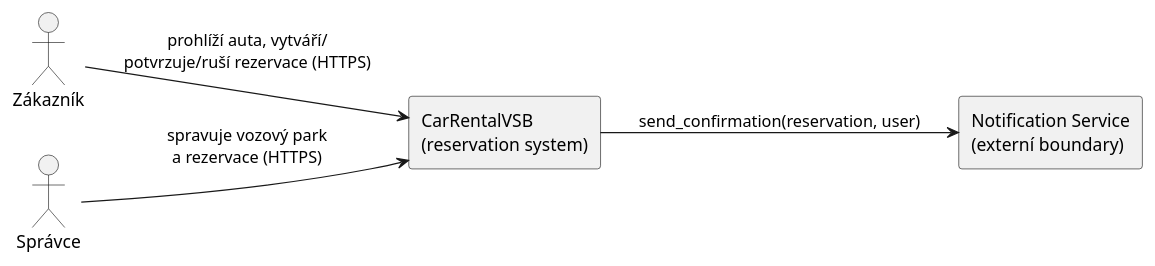
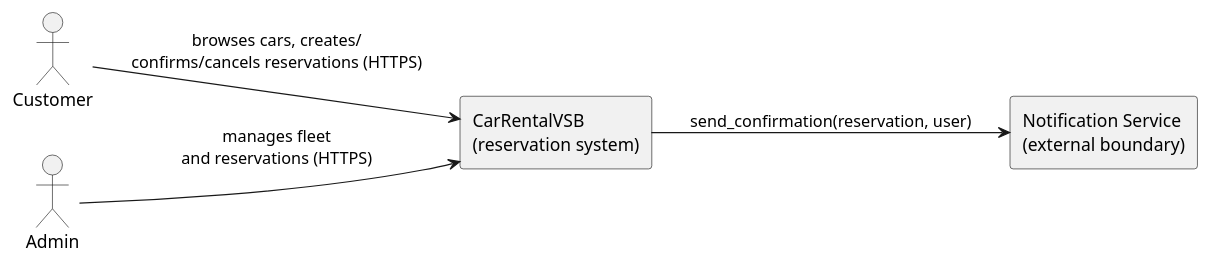
The diagram in docs/diagrams/context.puml (DavidMagyarics/CarRentalVSB), drawn with PlantUML before and after one commit. The commit also changed 25 other files, not shown here.

```diff
--- a/docs/diagrams/context.puml
+++ b/docs/diagrams/context.puml
@@ -1,13 +1,13 @@
 @startuml context
 left to right direction
 skinparam backgroundColor white
 
-actor "Zákazník" as zakaznik
-actor "Správce" as admin
+actor "Customer" as customer
+actor "Admin" as admin
 rectangle "CarRentalVSB\n(reservation system)" as app
-rectangle "Notification Service\n(externí boundary)" as notif
+rectangle "Notification Service\n(external boundary)" as notif
 
-zakaznik --> app : prohlíží auta, vytváří/\npotvrzuje/ruší rezervace (HTTPS)
-admin --> app : spravuje vozový park\na rezervace (HTTPS)
+customer --> app : browses cars, creates/\nconfirms/cancels reservations (HTTPS)
+admin --> app : manages fleet\nand reservations (HTTPS)
 app --> notif : send_confirmation(reservation, user)
 @enduml
```
